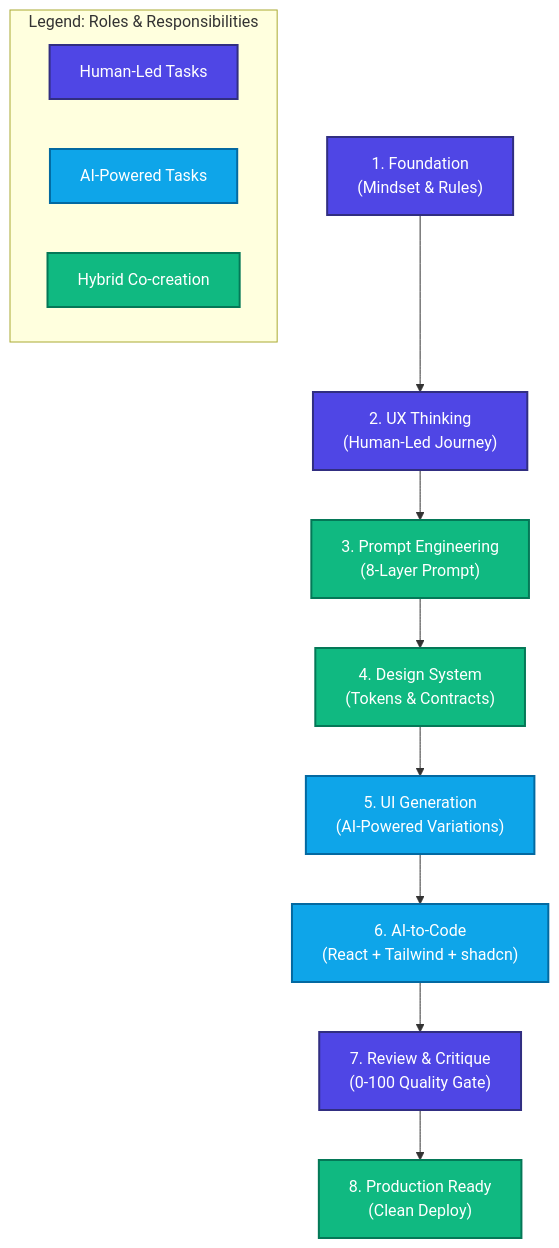
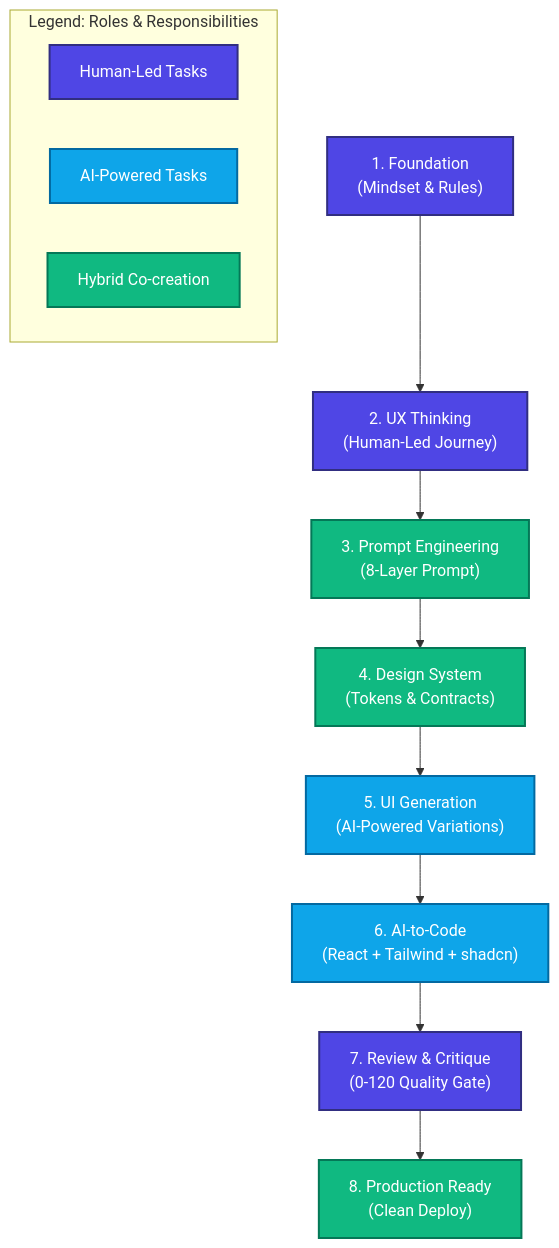
Before and after one commit to gamemun01/ai-design-engineer: the diagram in README.md, drawn with Mermaid. The commit also changed other lines of this file and 21 other files, not shown here.

````diff
--- a/README.md
+++ b/README.md
@@ -44,21 +44,21 @@
 ```mermaid
 graph TD
     classDef human fill:#4f46e5,stroke:#312e81,color:#ffffff,stroke-width:2px;
     classDef ai fill:#0ea5e9,stroke:#0369a1,color:#ffffff,stroke-width:2px;
     classDef hybrid fill:#10b981,stroke:#047857,color:#ffffff,stroke-width:2px;
 
     F["1. Foundation <br/>(Mindset & Rules)"]:::human --> UX["2. UX Thinking <br/>(Human-Led Journey)"]:::human
     UX --> PE["3. Prompt Engineering <br/>(8-Layer Prompt)"]:::hybrid
     PE --> DS["4. Design System <br/>(Tokens & Contracts)"]:::hybrid
     DS --> UIG["5. UI Generation <br/>(AI-Powered Variations)"]:::ai
     UIG --> AC["6. AI-to-Code <br/>(React + Tailwind + shadcn)"]:::ai
-    AC --> RC["7. Review & Critique <br/>(0-100 Quality Gate)"]:::human
+    AC --> RC["7. Review & Critique <br/>(0-120 Quality Gate)"]:::human
     RC --> PR["8. Production Ready <br/>(Clean Deploy)"]:::hybrid
 
     subgraph Legend: Roles & Responsibilities
         direction LR
         H["Human-Led Tasks"]:::human
         A["AI-Powered Tasks"]:::ai
         Hy["Hybrid Co-creation"]:::hybrid
     end
 ```
````
